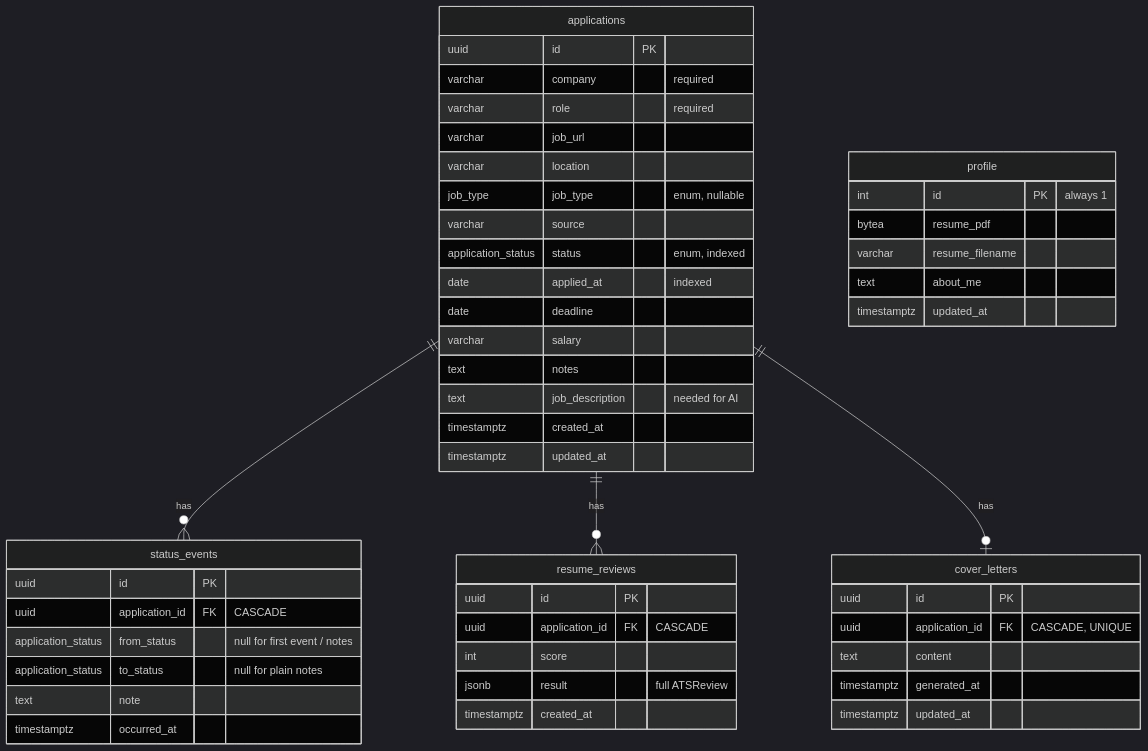
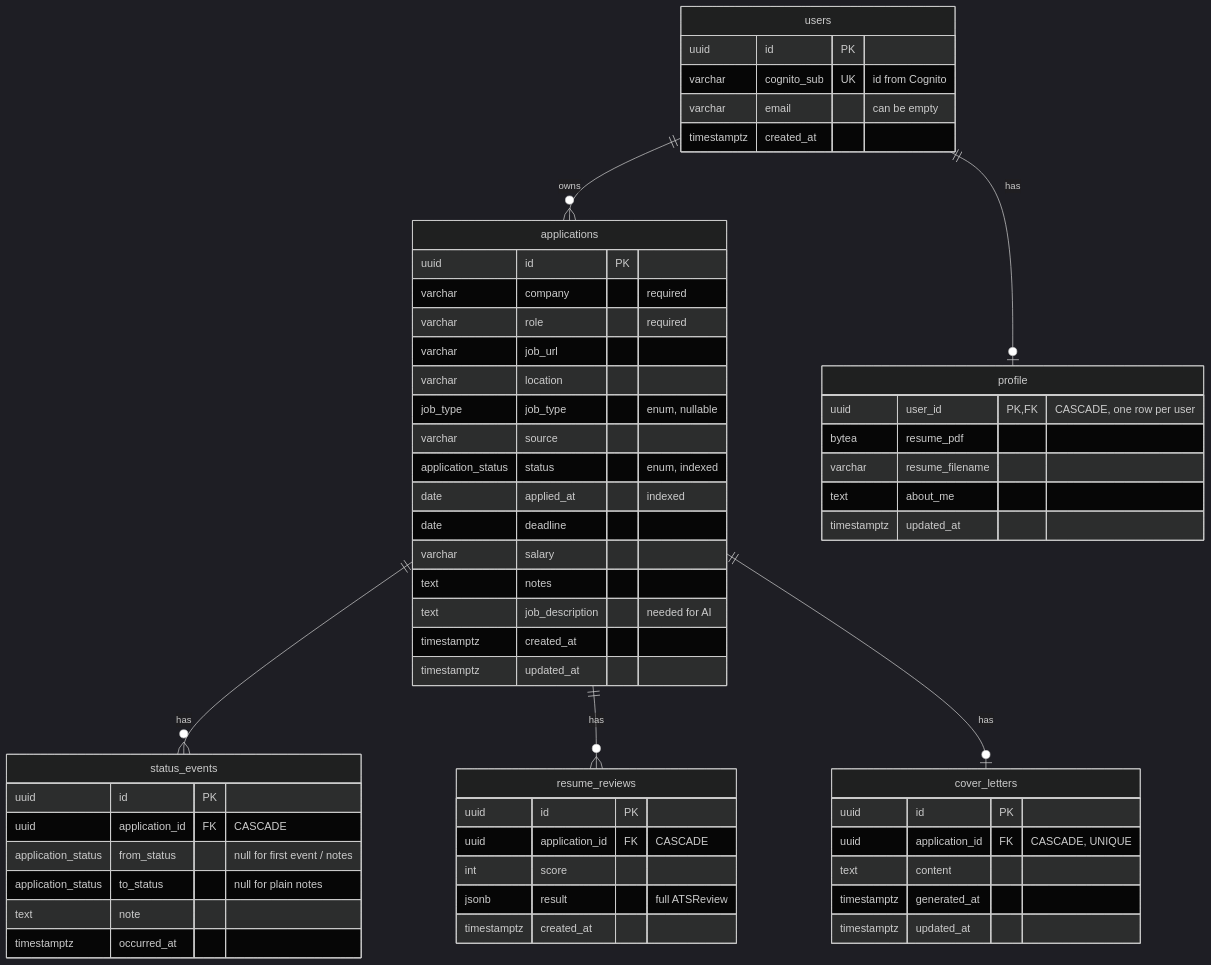
Before and after one commit to smil7/job-tracker: the second of 5 diagrams in docs/BACKEND.md, drawn with Mermaid (dark theme). The commit also changed other lines of this file and 15 other files, not shown here.

First line of the commit message:
Give each user their own applications and profile

````diff
--- a/docs/BACKEND.md
+++ b/docs/BACKEND.md
@@ -79,53 +79,61 @@
 ```mermaid
 erDiagram
     applications {
         uuid id PK
         varchar company "required"
         varchar role "required"
         varchar job_url
         varchar location
         job_type job_type "enum, nullable"
         varchar source
         application_status status "enum, indexed"
         date applied_at "indexed"
         date deadline
         varchar salary
         text notes
         text job_description "needed for AI"
         timestamptz created_at
         timestamptz updated_at
     }
     status_events {
         uuid id PK
         uuid application_id FK "CASCADE"
         application_status from_status "null for first event / notes"
         application_status to_status "null for plain notes"
         text note
         timestamptz occurred_at
     }
+    users {
+        uuid id PK
+        varchar cognito_sub UK "id from Cognito"
+        varchar email "can be empty"
+        timestamptz created_at
+    }
     profile {
-        int id PK "always 1"
+        uuid user_id PK, FK "CASCADE, one row per user"
         bytea resume_pdf
         varchar resume_filename
         text about_me
         timestamptz updated_at
     }
     resume_reviews {
         uuid id PK
         uuid application_id FK "CASCADE"
         int score
         jsonb result "full ATSReview"
         timestamptz created_at
     }
     cover_letters {
         uuid id PK
         uuid application_id FK "CASCADE, UNIQUE"
         text content
         timestamptz generated_at
         timestamptz updated_at
     }
 
+    users ||--o{ applications : owns
+    users ||--o| profile : has
     applications ||--o{ status_events : has
     applications ||--o{ resume_reviews : has
     applications ||--o| cover_letters : has
 ```
````
